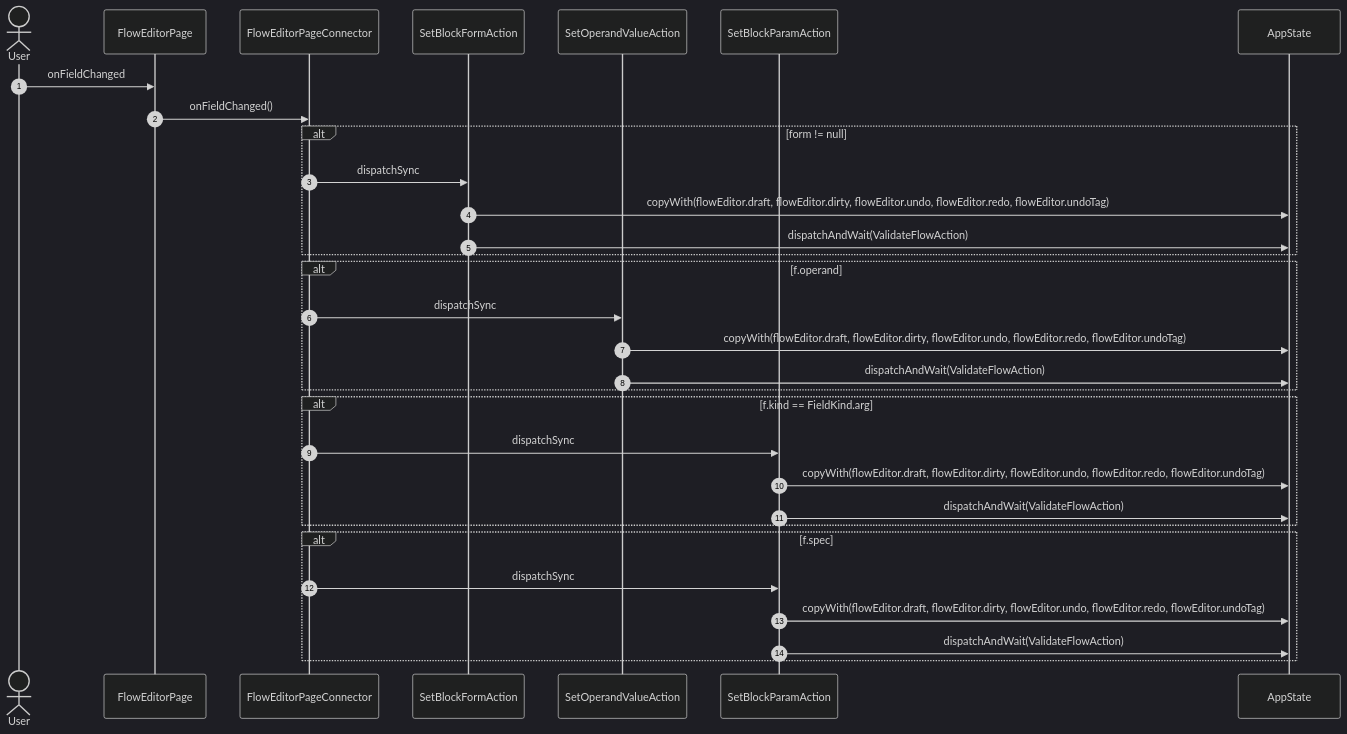
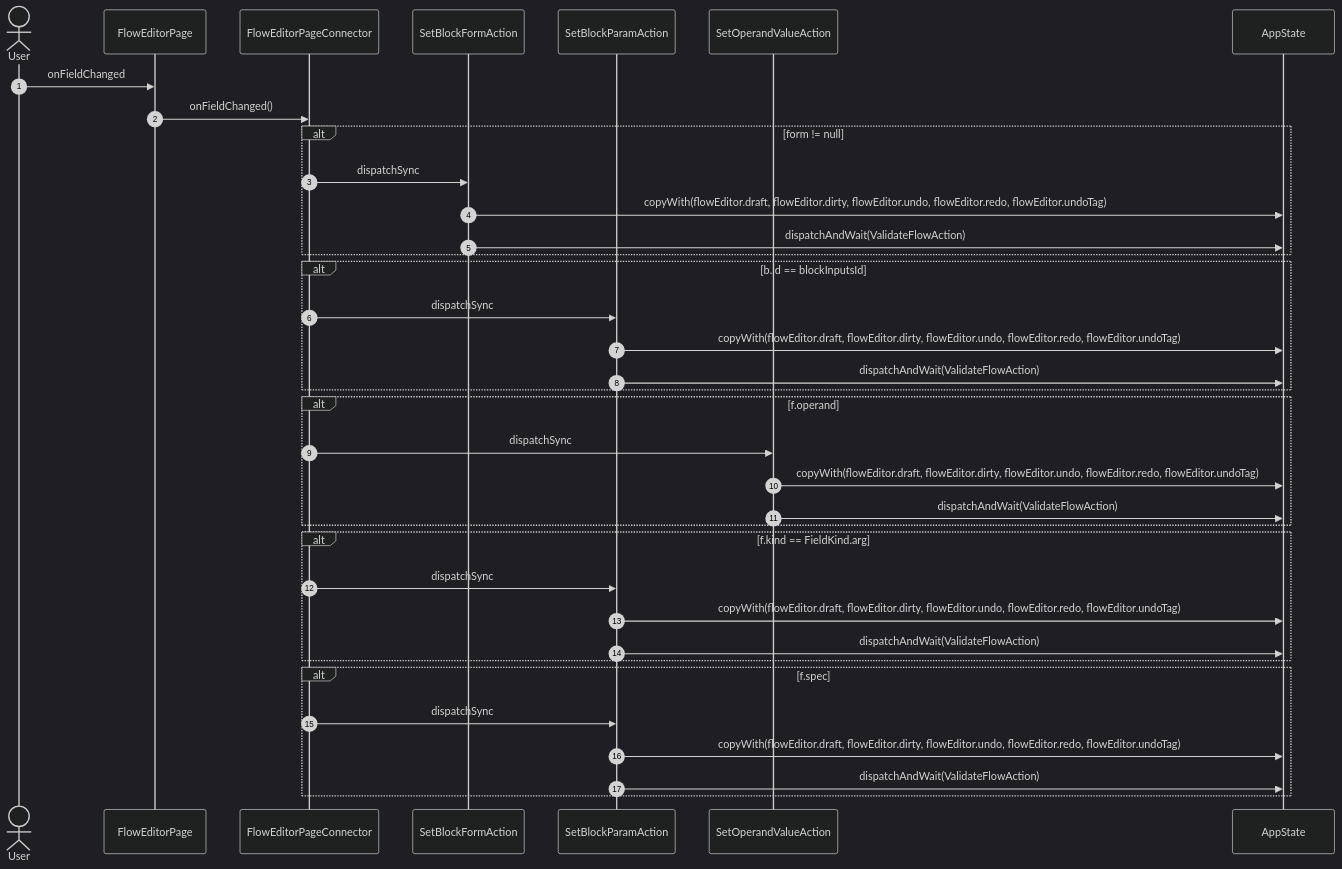
One commit to gencto/wyrm changed diagram 36 of 42 in studio/docs/flows/flowEditor.md. Above: the diagram before and after it, drawn with Mermaid (dark theme). The commit also changed other lines of this file and 7 other files, not shown here.

````diff
--- a/studio/docs/flows/flowEditor.md
+++ b/studio/docs/flows/flowEditor.md
@@ -489,34 +767,39 @@
 ```mermaid
 sequenceDiagram
     autonumber
     actor User
     participant UI as FlowEditorPage
     participant VM as FlowEditorPageConnector
     participant A1 as SetBlockFormAction
-    participant A2 as SetOperandValueAction
-    participant A3 as SetBlockParamAction
+    participant A2 as SetBlockParamAction
+    participant A3 as SetOperandValueAction
     participant ST as AppState
 
     User->>UI: onFieldChanged
     UI->>VM: onFieldChanged()
     alt form != null
         VM->>A1: dispatchSync
         A1->>ST: copyWith(flowEditor.draft, flowEditor.dirty, flowEditor.undo, flowEditor.redo, flowEditor.undoTag)
         A1->>ST: dispatchAndWait(ValidateFlowAction)
     end
-    alt f.operand
+    alt b.id == blockInputsId
         VM->>A2: dispatchSync
         A2->>ST: copyWith(flowEditor.draft, flowEditor.dirty, flowEditor.undo, flowEditor.redo, flowEditor.undoTag)
         A2->>ST: dispatchAndWait(ValidateFlowAction)
     end
-    alt f.kind == FieldKind.arg
+    alt f.operand
         VM->>A3: dispatchSync
         A3->>ST: copyWith(flowEditor.draft, flowEditor.dirty, flowEditor.undo, flowEditor.redo, flowEditor.undoTag)
         A3->>ST: dispatchAndWait(ValidateFlowAction)
     end
+    alt f.kind == FieldKind.arg
+        VM->>A2: dispatchSync
+        A2->>ST: copyWith(flowEditor.draft, flowEditor.dirty, flowEditor.undo, flowEditor.redo, flowEditor.undoTag)
+        A2->>ST: dispatchAndWait(ValidateFlowAction)
+    end
     alt f.spec
-        VM->>A3: dispatchSync
-        A3->>ST: copyWith(flowEditor.draft, flowEditor.dirty, flowEditor.undo, flowEditor.redo, flowEditor.undoTag)
-        A3->>ST: dispatchAndWait(ValidateFlowAction)
+        VM->>A2: dispatchSync
+        A2->>ST: copyWith(flowEditor.draft, flowEditor.dirty, flowEditor.undo, flowEditor.redo, flowEditor.undoTag)
+        A2->>ST: dispatchAndWait(ValidateFlowAction)
     end
 ```
````
